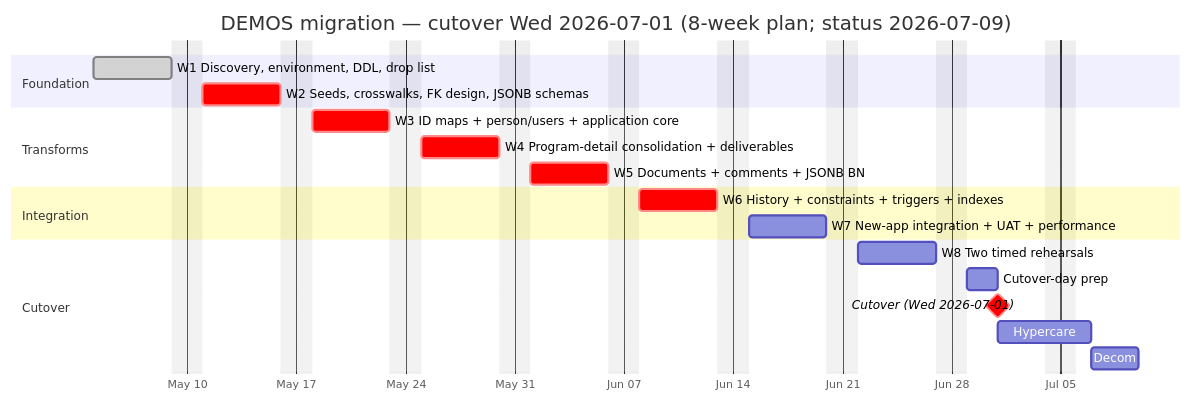
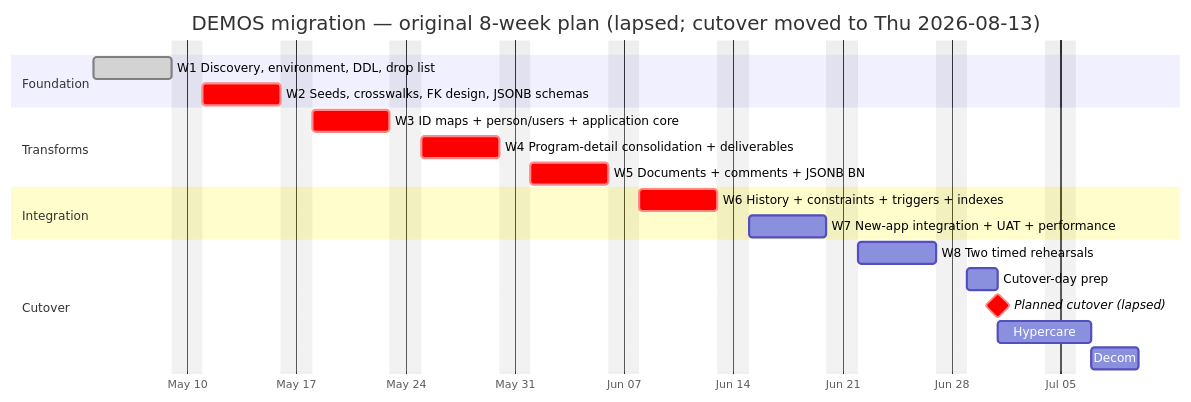
One commit to Enterprise-CMCS/demos changed the sixth of 6 diagrams in data-migration/docs/spec/canonical-spec.adoc. Above: the diagram before and after it, drawn with Mermaid. The commit also changed other lines of this file and 169 other files, not shown here.

```diff
--- a/data-migration/docs/spec/canonical-spec.adoc
+++ b/data-migration/docs/spec/canonical-spec.adoc
@@ -889,29 +906,29 @@
 [mermaid, width=1600]
 ....
 gantt
-  title DEMOS migration — cutover Wed 2026-07-01 (8-week plan; status 2026-07-09)
+  title DEMOS migration — original 8-week plan (lapsed; cutover moved to Thu 2026-08-13)
   dateFormat  YYYY-MM-DD
   axisFormat  %b %d
   excludes    weekends
   todayMarker stroke-width:3px,stroke:#d33,opacity:0.7
 
   section Foundation
   W1 Discovery, environment, DDL, drop list                   :done, w1, 2026-05-04, 5d
   W2 Seeds, crosswalks, FK design, JSONB schemas              :crit, w2, after w1, 5d
 
   section Transforms
   W3 ID maps + person/users + application core                :crit, w3, after w2, 5d
   W4 Program-detail consolidation + deliverables              :crit, w4, after w3, 5d
   W5 Documents + comments + JSONB BN                          :crit, w5, after w4, 5d
 
   section Integration
   W6 History + constraints + triggers + indexes               :crit, w6, after w5, 5d
   W7 New-app integration + UAT + performance                  :w7, after w6, 5d
 
   section Cutover
   W8 Two timed rehearsals                                     :w8, after w7, 5d
   Cutover-day prep                                            :pre, after w8, 2d
-  Cutover (Wed 2026-07-01)                                    :crit, milestone, cut, 2026-07-01, 0d
+  Planned cutover (lapsed)                                    :crit, milestone, cut, 2026-07-01, 0d
   Hypercare                                                   :hc, after cut, 4d
   Decom                                                       :dc, after hc, 3d
 ....
```
